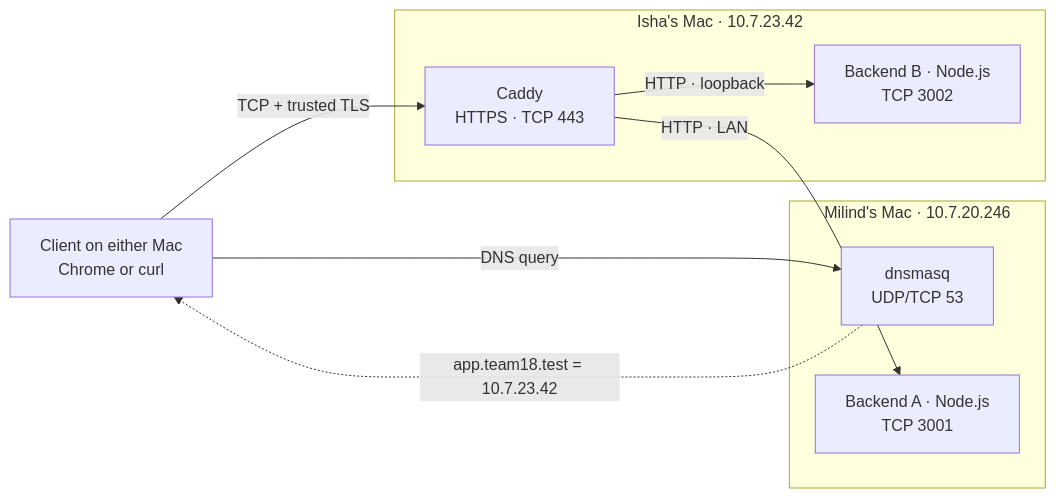
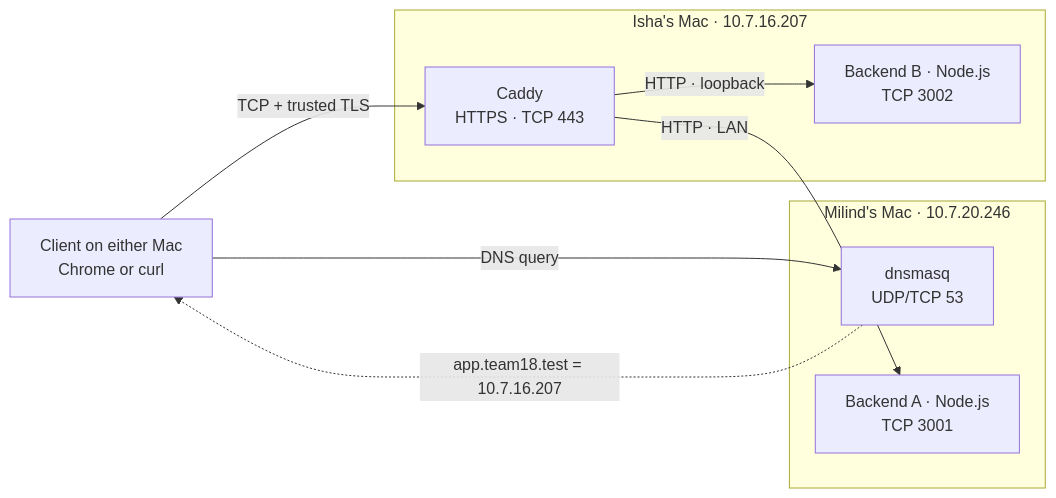
One commit to MilindDevX/cn-project changed the diagram in README.md. Above: the diagram before and after it, drawn with Mermaid. The commit also changed other lines of this file and 11 other files, not shown here.

````diff
--- a/README.md
+++ b/README.md
@@ -25,17 +17,17 @@
 ```mermaid
 flowchart LR
     client["Client on either Mac<br/>Chrome or curl"]
     subgraph milind["Milind's Mac · 10.7.20.246"]
         dns["dnsmasq<br/>UDP/TCP 53"]
         a["Backend A · Node.js<br/>TCP 3001"]
     end
-    subgraph isha["Isha's Mac · 10.7.23.42"]
+    subgraph isha["Isha's Mac · 10.7.16.207"]
         edge["Caddy<br/>HTTPS · TCP 443"]
         b["Backend B · Node.js<br/>TCP 3002"]
     end
     client -->|"DNS query"| dns
-    dns -.->|"app.team18.test = 10.7.23.42"| client
+    dns -.->|"app.team18.test = 10.7.16.207"| client
     client -->|"TCP + trusted TLS"| edge
     edge -->|"HTTP · LAN"| a
     edge -->|"HTTP · loopback"| b
 ```
````
